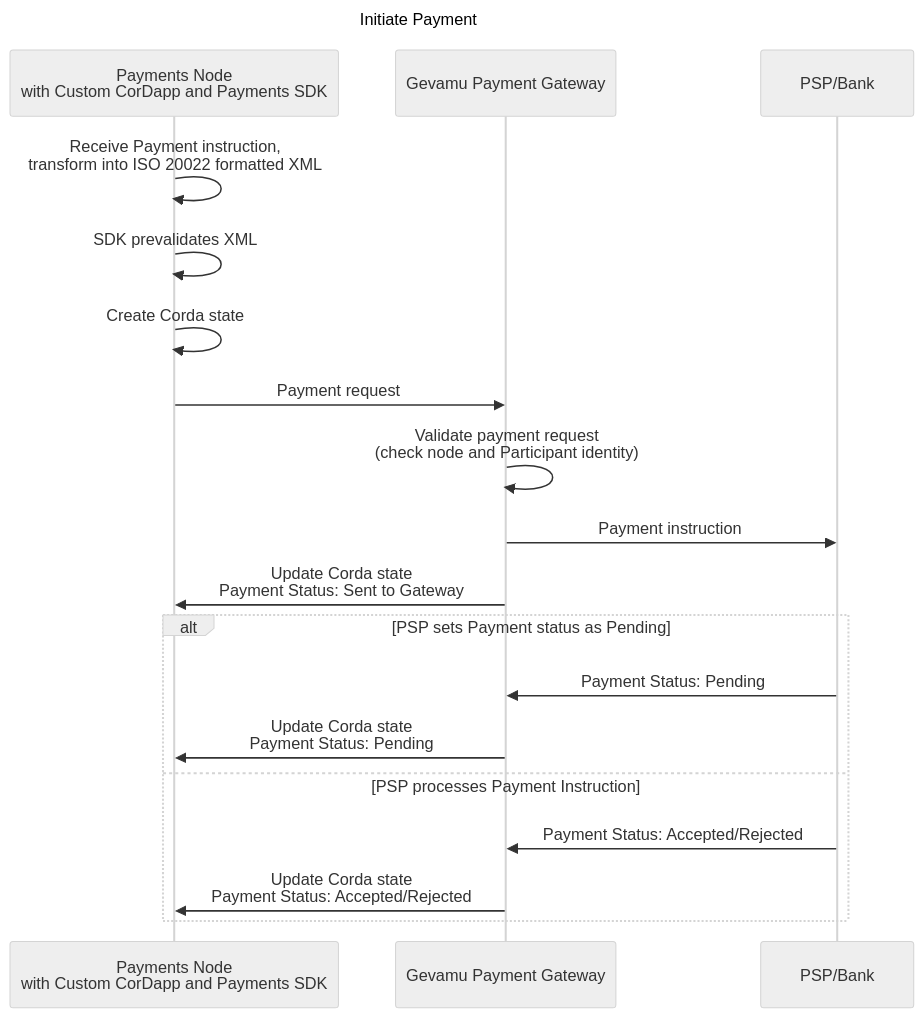
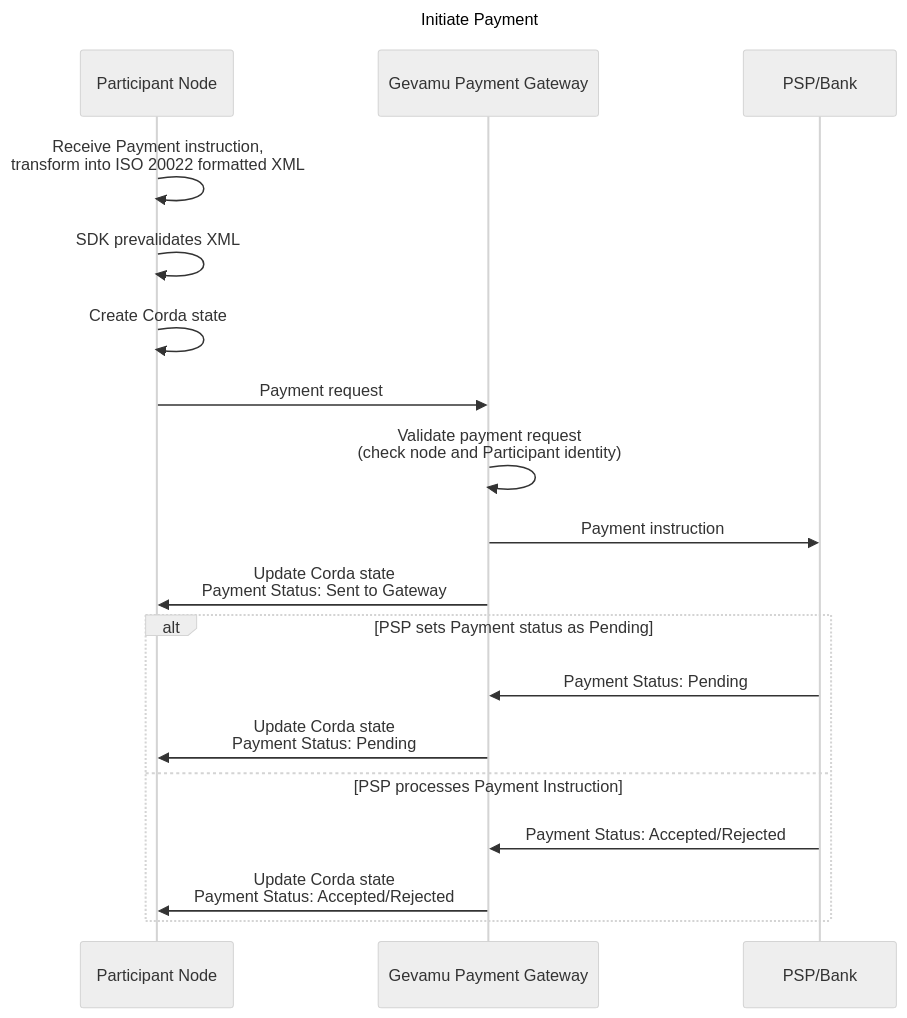
Before and after one commit to gevamu/gevamu.github.io: the diagram in content/3.workflow/4.payment-initiation.md, drawn with Mermaid (neutral theme).

Commit message:
changed payment node to  participant node

````diff
--- a/content/3.workflow/4.payment-initiation.md
+++ b/content/3.workflow/4.payment-initiation.md
@@ -25,37 +25,37 @@
 ```mermaid
 ---
 title: Initiate Payment
 ---
 sequenceDiagram
     %% Participants
-    participant pn as Payments Node <br/> with Custom CorDapp and Payments SDK 
+    participant pn as Participant Node
     participant gpg as Gevamu Payment Gateway
     participant psp as PSP/Bank
 
     pn ->> pn: Receive Payment instruction,  <br/> transform into ISO 20022 formatted XML
     pn ->> pn: SDK prevalidates XML
 
     %%prevalidation by SDK
     
     pn  ->>  pn: Create Corda state
     pn  ->> gpg: Payment request
     gpg ->> gpg: Validate payment request  <br/> (check node and Participant identity)
 
     %% after validation by Gateway
 
     gpg ->> psp: Payment instruction
     gpg ->> pn:  Update Corda state <br/> Payment Status: Sent to Gateway
 
     %% Pending Status by PSP
     alt PSP sets Payment status as Pending
     psp ->> gpg: Payment Status: Pending
     gpg ->> pn : Update Corda state <br/> Payment Status: Pending 
     
     %% Request has been processed by PSP 
     else PSP processes Payment Instruction
     psp ->> gpg: Payment Status: Accepted/Rejected
     gpg ->> pn : Update Corda state <br/> Payment Status: Accepted/Rejected 
     end
             
     
 ```
````
